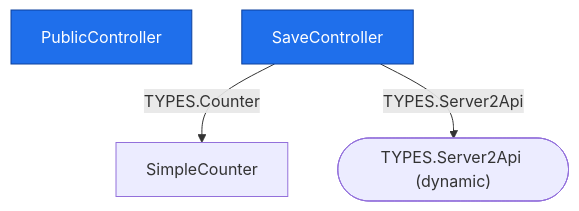
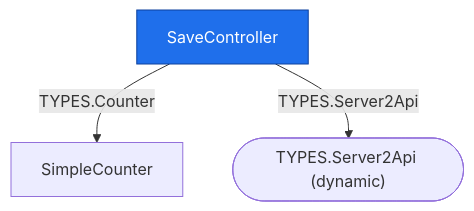
The second of 2 diagrams in apps/app-example/client-server/design.md (deanhiller/webpieces-ts), drawn with Mermaid before and after one commit. The commit also changed other lines of this file and 43 other files, not shown here.

````diff
--- a/apps/app-example/client-server/design.md
+++ b/apps/app-example/client-server/design.md
@@ -6,11 +22,10 @@
 ```mermaid
 graph TD
-    PublicController["PublicController"]:::controller
     SaveController["SaveController"]:::controller
     SimpleCounter["SimpleCounter"]
     TYPES_Server2Api__dynamic_(["TYPES.Server2Api (dynamic)"])
     SaveController -->|TYPES.Counter| SimpleCounter
     SaveController -->|TYPES.Server2Api| TYPES_Server2Api__dynamic_
     classDef controller fill:#1f6feb,color:#ffffff,stroke:#0d419d
     classDef unresolved fill:#f0ad4e,color:#000000,stroke:#b8860b,stroke-dasharray: 5 5
 ```
````
